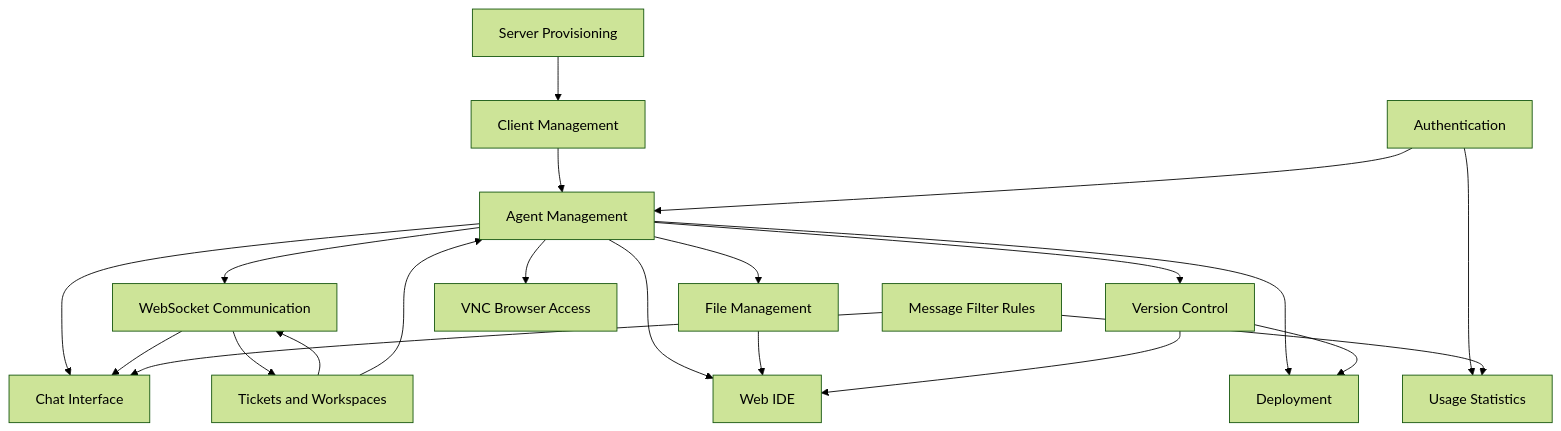
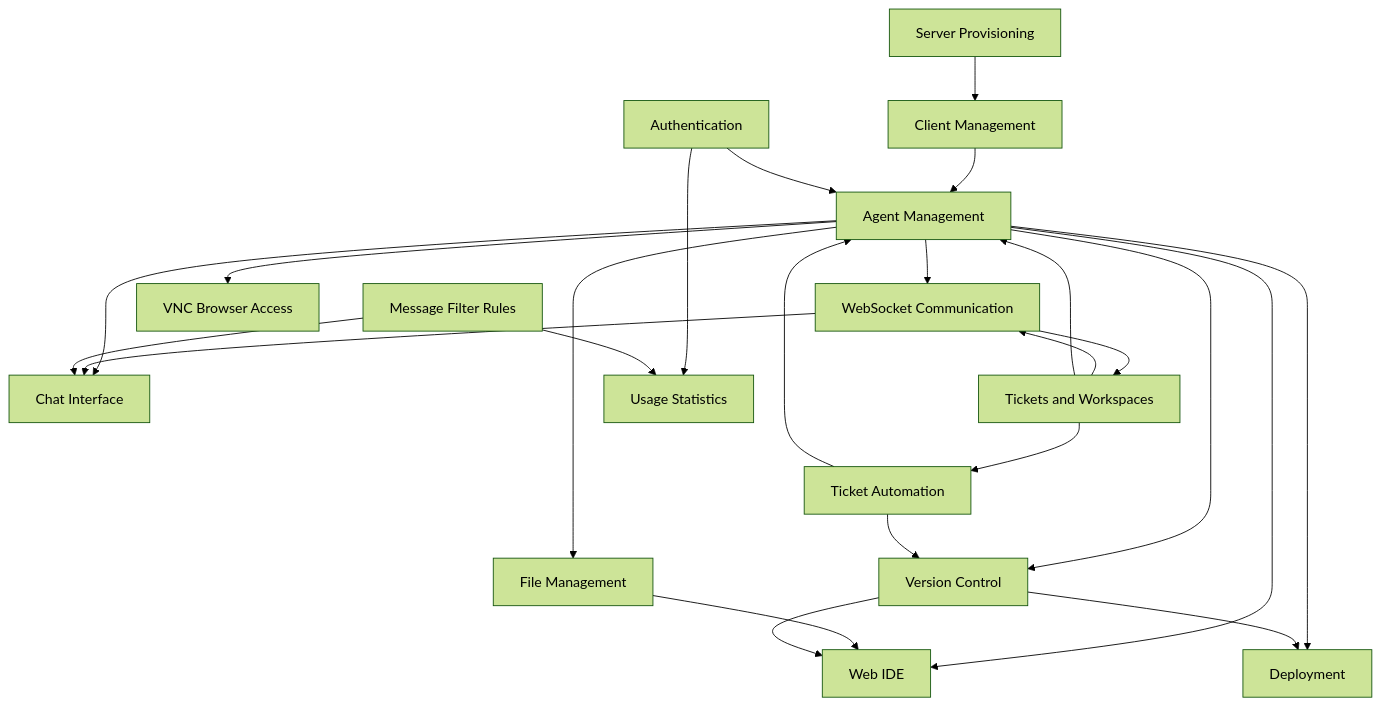
One commit to forepath/agenstra changed the diagram in docs/agenstra/features/README.md. Above: the diagram before and after it, drawn with Mermaid (forest theme). The commit also changed other lines of this file and 26 other files, not shown here.

````diff
--- a/docs/agenstra/features/README.md
+++ b/docs/agenstra/features/README.md
@@ -192,38 +203,42 @@
 ```mermaid
 graph TB
     CM[Client Management]
     AM[Agent Management]
     SP[Server Provisioning]
     WS[WebSocket Communication]
     FM[File Management]
     VC[Version Control]
     IDE[Web IDE]
     Chat[Chat Interface]
     VNC[VNC Browser Access]
     DEP[Deployment]
     AUTH[Authentication]
     TK[Tickets and Workspaces]
+    TA[Ticket Automation]
     ST[Usage Statistics]
     FR[Message Filter Rules]
 
     SP --> CM
     CM --> AM
     AM --> WS
     AM --> FM
     AM --> VC
     AM --> IDE
     AM --> Chat
     AM --> VNC
     AM --> DEP
     WS --> Chat
     WS --> TK
     FM --> IDE
     VC --> IDE
     VC --> DEP
     AUTH --> AM
     AUTH --> ST
     TK --> WS
+    TK --> TA
+    TA --> AM
+    TA --> VC
     FR --> Chat
     FR --> ST
     TK --> AM
 ```
````
